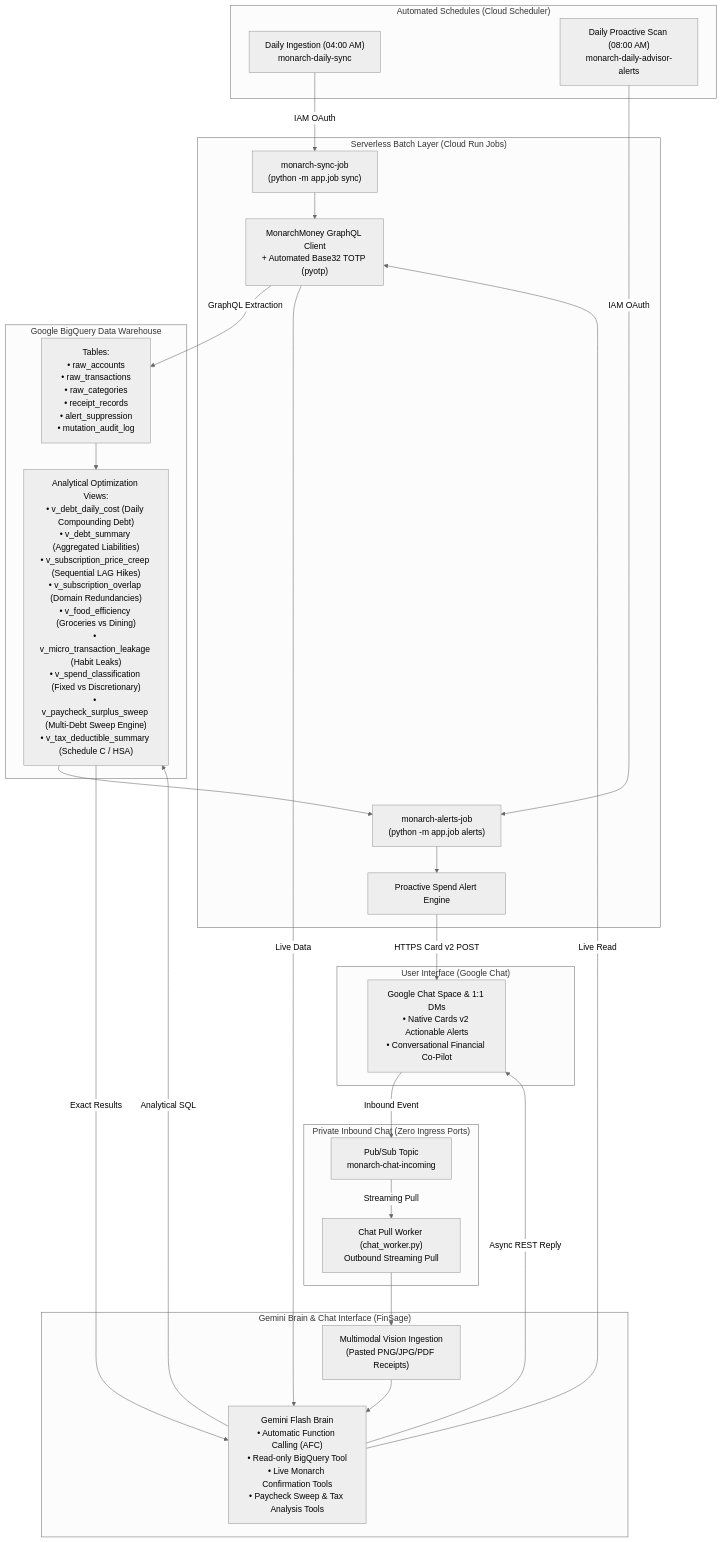
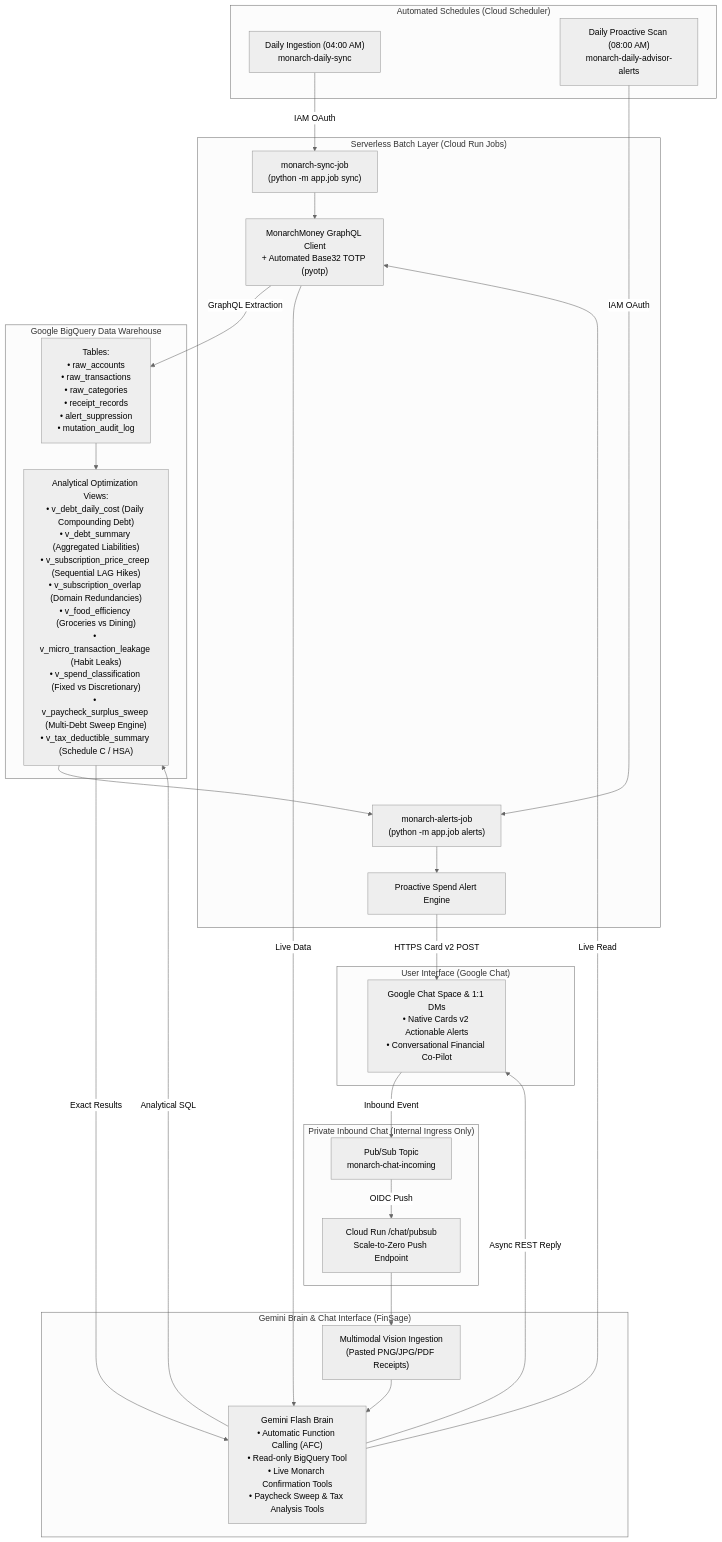
Before and after one commit to n0012/family-financial-intelligence-hub: the diagram in README.md, drawn with Mermaid (neutral theme). The commit also changed other lines of this file and 2 other files, not shown here.

First line of the commit message:
docs: describe Pub/Sub push delivery and scale-to-zero deployment

````diff
--- a/README.md
+++ b/README.md
@@ -47,53 +47,53 @@
 ```mermaid
 flowchart TD
     subgraph Scheduling ["Automated Schedules (Cloud Scheduler)"]
         CronSync["Daily Ingestion (04:00 AM)<br/>monarch-daily-sync"]
         CronAlert["Daily Proactive Scan (08:00 AM)<br/>monarch-daily-advisor-alerts"]
     end
 
     subgraph BatchLayer ["Serverless Batch Layer (Cloud Run Jobs)"]
         JobSync["monarch-sync-job<br/>(python -m app.job sync)"]
         JobAlert["monarch-alerts-job<br/>(python -m app.job alerts)"]
         MMClient["MonarchMoney GraphQL Client<br/>+ Automated Base32 TOTP (pyotp)"]
         AdvisorEngine["Proactive Spend Alert Engine"]
     end
 
     subgraph DataWarehouse ["Google BigQuery Data Warehouse"]
         RawTables["Tables:<br/>• raw_accounts<br/>• raw_transactions<br/>• raw_categories<br/>• receipt_records<br/>• alert_suppression<br/>• mutation_audit_log"]
         Views["Analytical Optimization Views:<br/>• v_debt_daily_cost (Daily Compounding Debt)<br/>• v_debt_summary (Aggregated Liabilities)<br/>• v_subscription_price_creep (Sequential LAG Hikes)<br/>• v_subscription_overlap (Domain Redundancies)<br/>• v_food_efficiency (Groceries vs Dining)<br/>• v_micro_transaction_leakage (Habit Leaks)<br/>• v_spend_classification (Fixed vs Discretionary)<br/>• v_paycheck_surplus_sweep (Multi-Debt Sweep Engine)<br/>• v_tax_deductible_summary (Schedule C / HSA)"]
     end
 
-    subgraph PrivateIngestion ["Private Inbound Chat (Zero Ingress Ports)"]
+    subgraph PrivateIngestion ["Private Inbound Chat (Internal Ingress Only)"]
         Topic["Pub/Sub Topic<br/>monarch-chat-incoming"]
-        Worker["Chat Pull Worker (chat_worker.py)<br/>Outbound Streaming Pull"]
+        Worker["Cloud Run /chat/pubsub<br/>Scale-to-Zero Push Endpoint"]
     end
 
     subgraph Intelligence ["Gemini Brain & Chat Interface (FinSage)"]
         GeminiFlash["Gemini Flash Brain<br/>• Automatic Function Calling (AFC)<br/>• Read-only BigQuery Tool<br/>• Live Monarch Confirmation Tools<br/>• Paycheck Sweep & Tax Analysis Tools"]
         MultimodalVision["Multimodal Vision Ingestion<br/>(Pasted PNG/JPG/PDF Receipts)"]
     end
 
     subgraph ChatSpace ["User Interface (Google Chat)"]
         GoogleChat["Google Chat Space & 1:1 DMs<br/>• Native Cards v2 Actionable Alerts<br/>• Conversational Financial Co-Pilot"]
     end
 
     CronSync -->|"IAM OAuth"| JobSync
     JobSync --> MMClient
     MMClient -->|"GraphQL Extraction"| RawTables
     RawTables --> Views
 
     CronAlert -->|"IAM OAuth"| JobAlert
     Views --> JobAlert
     JobAlert --> AdvisorEngine
     AdvisorEngine -->|"HTTPS Card v2 POST"| GoogleChat
 
     GoogleChat -->|"Inbound Event"| Topic
-    Topic -->|"Streaming Pull"| Worker
+    Topic -->|"OIDC Push"| Worker
     Worker --> MultimodalVision
     MultimodalVision --> GeminiFlash
     GeminiFlash -->|"Analytical SQL"| Views
     Views -->|"Exact Results"| GeminiFlash
     GeminiFlash -->|"Live Read"| MMClient
     MMClient -->|"Live Data"| GeminiFlash
     GeminiFlash -->|"Async REST Reply"| GoogleChat
 ```
````
